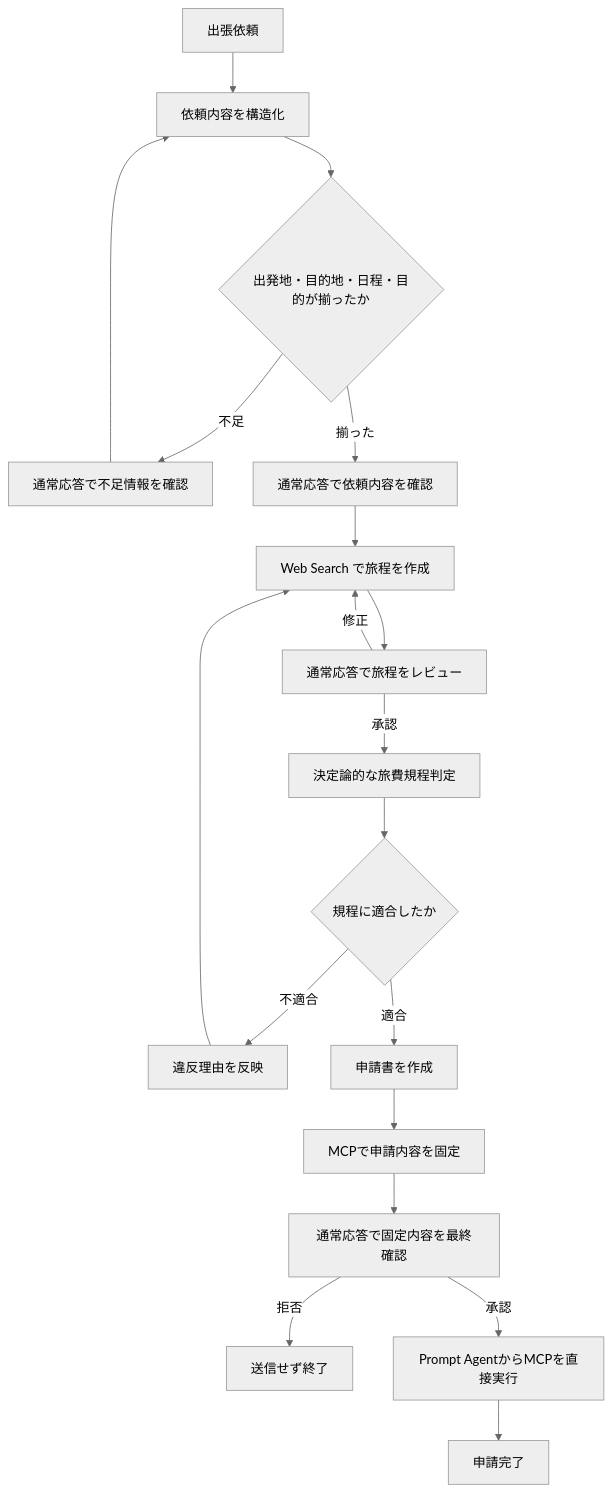
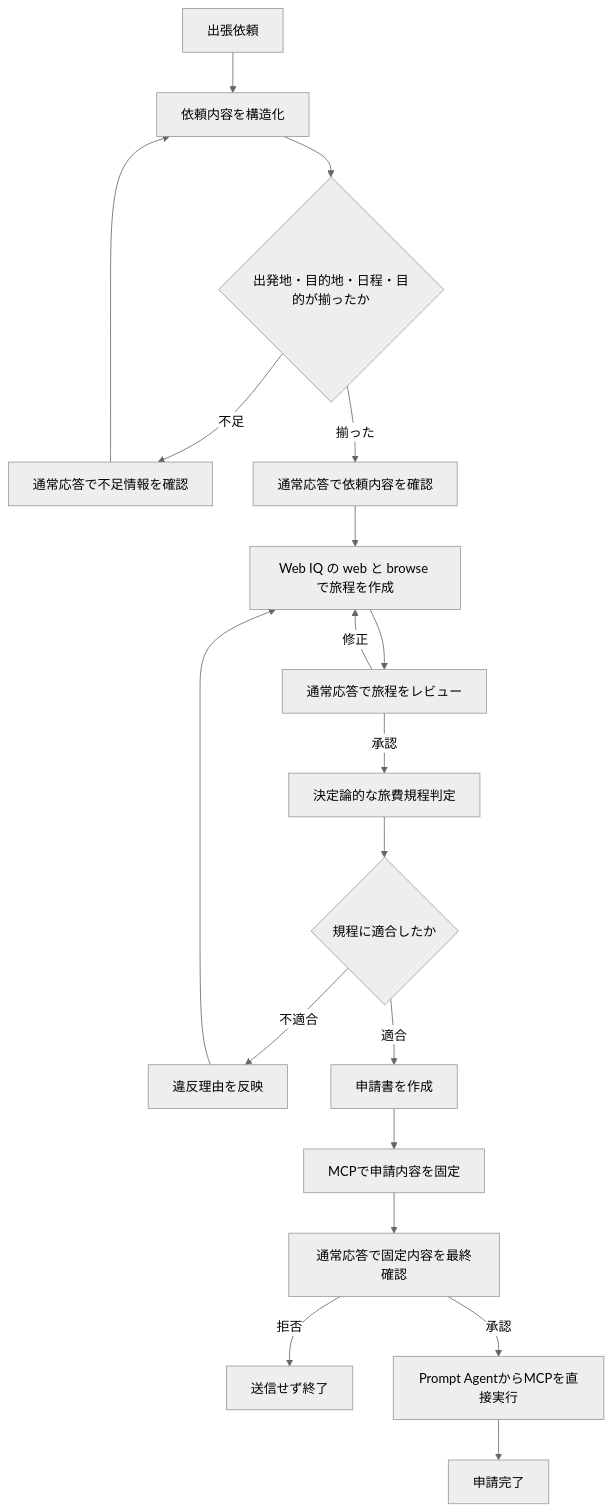
One commit to teshi22/grobal_azure_demo changed the second of 2 diagrams in README.md. Above: the diagram before and after it, drawn with Mermaid (neutral theme). The commit also changed other lines of this file and 13 other files, not shown here.

````diff
--- a/README.md
+++ b/README.md
@@ -125,19 +127,19 @@
 ```mermaid
 flowchart TD
     Start["出張依頼"] --> Clarify["依頼内容を構造化"]
     Clarify --> Complete{"出発地・目的地・日程・目的が揃ったか"}
     Complete -->|不足| Ask["通常応答で不足情報を確認"] --> Clarify
     Complete -->|揃った| Confirm["通常応答で依頼内容を確認"]
-    Confirm --> Plan["Web Search で旅程を作成"]
+    Confirm --> Plan["Web IQ の web と browse で旅程を作成"]
     Plan --> Review["通常応答で旅程をレビュー"]
     Review -->|修正| Plan
     Review -->|承認| Rules["決定論的な旅費規程判定"]
     Rules --> Compliant{"規程に適合したか"}
     Compliant -->|不適合| Replan["違反理由を反映"] --> Plan
     Compliant -->|適合| Document["申請書を作成"]
     Document --> Prepare["MCPで申請内容を固定"]
     Prepare --> FinalConfirm["通常応答で固定内容を最終確認"]
     FinalConfirm -->|拒否| Cancel["送信せず終了"]
     FinalConfirm -->|承認| MCP["Prompt AgentからMCPを直接実行"]
     MCP --> Done["申請完了"]
 ```
````
